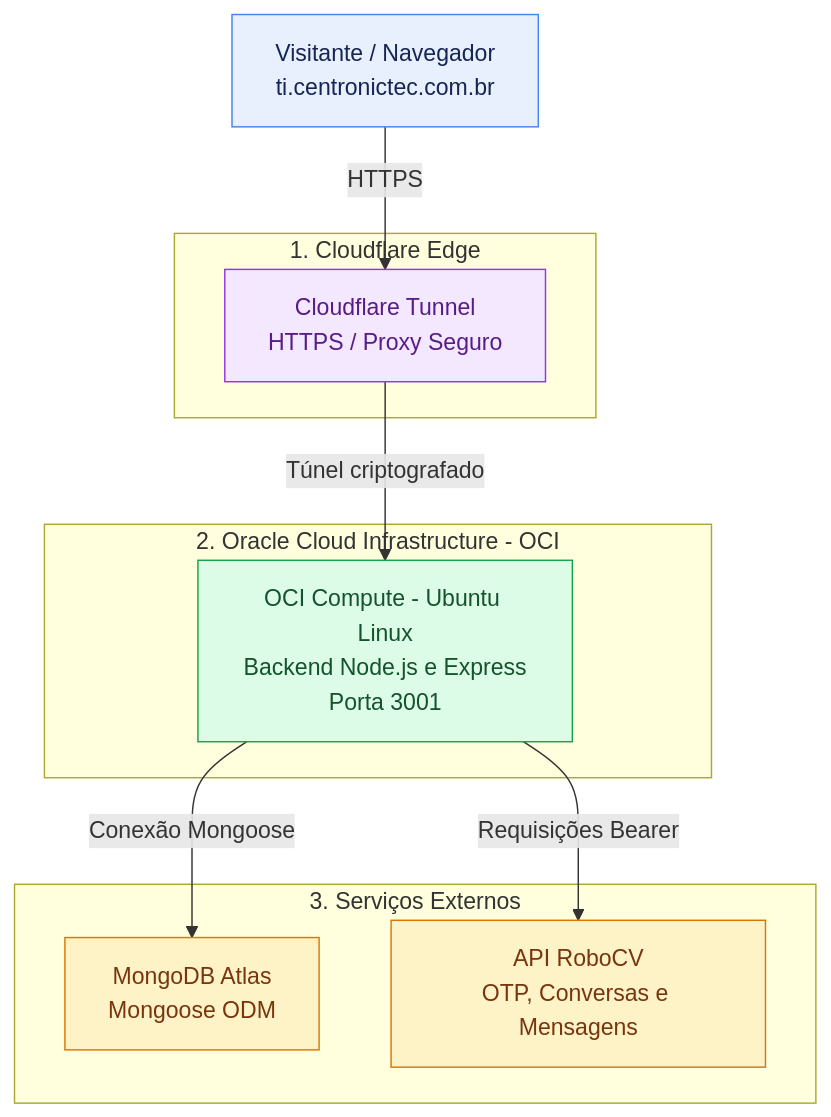
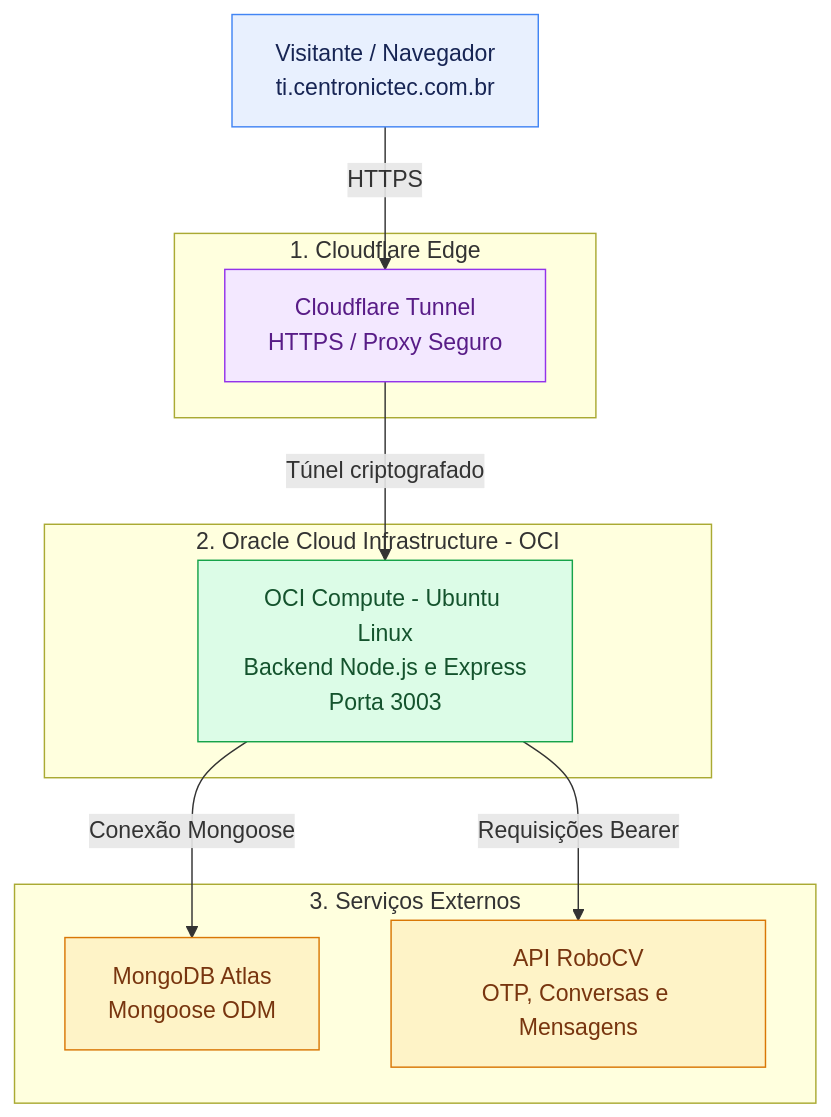
One commit to vanderlinuxcode/centronictec changed the diagram in README.md. Above: the diagram before and after it, drawn with Mermaid.

Commit message:
correção: porta da aplicação no diagrama

````diff
--- a/README.md
+++ b/README.md
@@ -62,32 +62,32 @@
 ```mermaid
 flowchart TB
     USER["Visitante / Navegador<br>ti.centronictec.com.br"]
 
     subgraph CLOUDFLARE["1. Cloudflare Edge"]
         CF["Cloudflare Tunnel<br>HTTPS / Proxy Seguro"]
     end
 
     subgraph OCI["2. Oracle Cloud Infrastructure - OCI"]
-        UB["OCI Compute - Ubuntu Linux<br>Backend Node.js e Express<br>Porta 3001"]
+        UB["OCI Compute - Ubuntu Linux<br>Backend Node.js e Express<br>Porta 3003"]
     end
 
     subgraph EXTERNAL["3. Serviços Externos"]
         MDB["MongoDB Atlas<br>Mongoose ODM"]
         RCV["API RoboCV<br>OTP, Conversas e Mensagens"]
     end
 
     USER -->|HTTPS| CF
     CF -->|Túnel criptografado| UB
     UB -->|Conexão Mongoose| MDB
     UB -->|Requisições Bearer| RCV
 
     classDef dns fill:#e8f0fe,stroke:#4285f4,color:#172554
     classDef cloud fill:#f3e8ff,stroke:#9333ea,color:#581c87
     classDef app fill:#dcfce7,stroke:#16a34a,color:#14532d
     classDef data fill:#fef3c7,stroke:#d97706,color:#78350f
 
     class USER dns
     class CF cloud
     class UB app
     class MDB,RCV data
 ```
````
